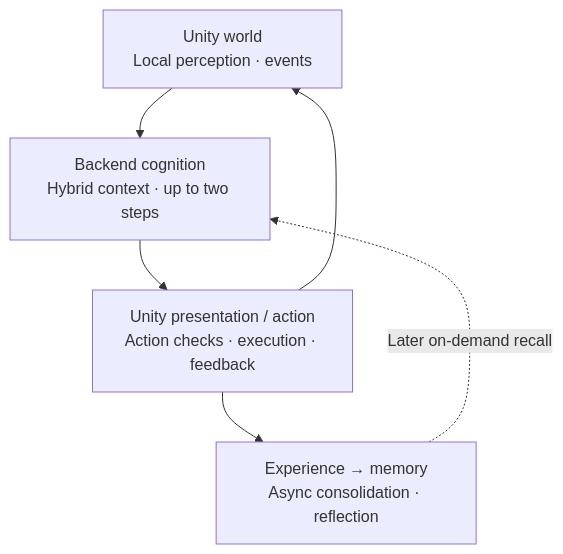
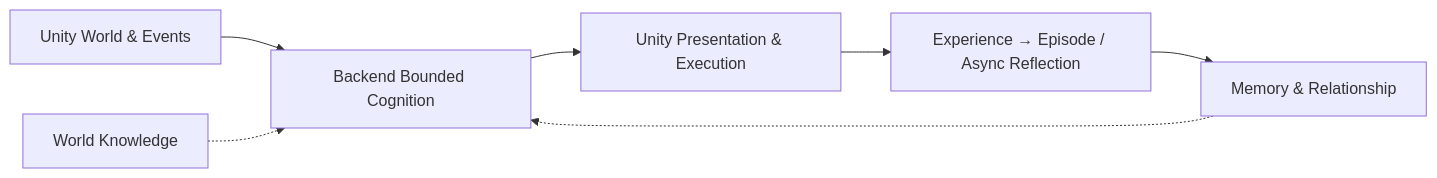
Before and after one commit to LYFshota/EmbodiedNPC: the diagram in Docs/Images/architecture-overview.en.mmd, drawn with Mermaid.

Commit message:
docs: polish system architecture diagram (Docs/Images/architecture-overview.en.mmd)

```diff
--- a/Docs/Images/architecture-overview.en.mmd
+++ b/Docs/Images/architecture-overview.en.mmd
@@ -1,6 +1,7 @@
-flowchart TD
-    W["Unity world<br/>Local perception · events"] --> C["Backend cognition<br/>Hybrid context · up to two steps"]
-    C --> A["Unity presentation / action<br/>Action checks · execution · feedback"]
-    A --> W
-    A --> M["Experience → memory<br/>Async consolidation · reflection"]
-    M -.->|"Later on-demand recall"| C
+flowchart LR
+    U["Unity World & Events"] --> C["Backend Bounded Cognition"]
+    C --> X["Unity Presentation & Execution"]
+    K["World Knowledge"] -.-> C
+    M["Memory & Relationship"] -.-> C
+    X --> E["Experience → Episode / Async Reflection"]
+    E --> M
```
